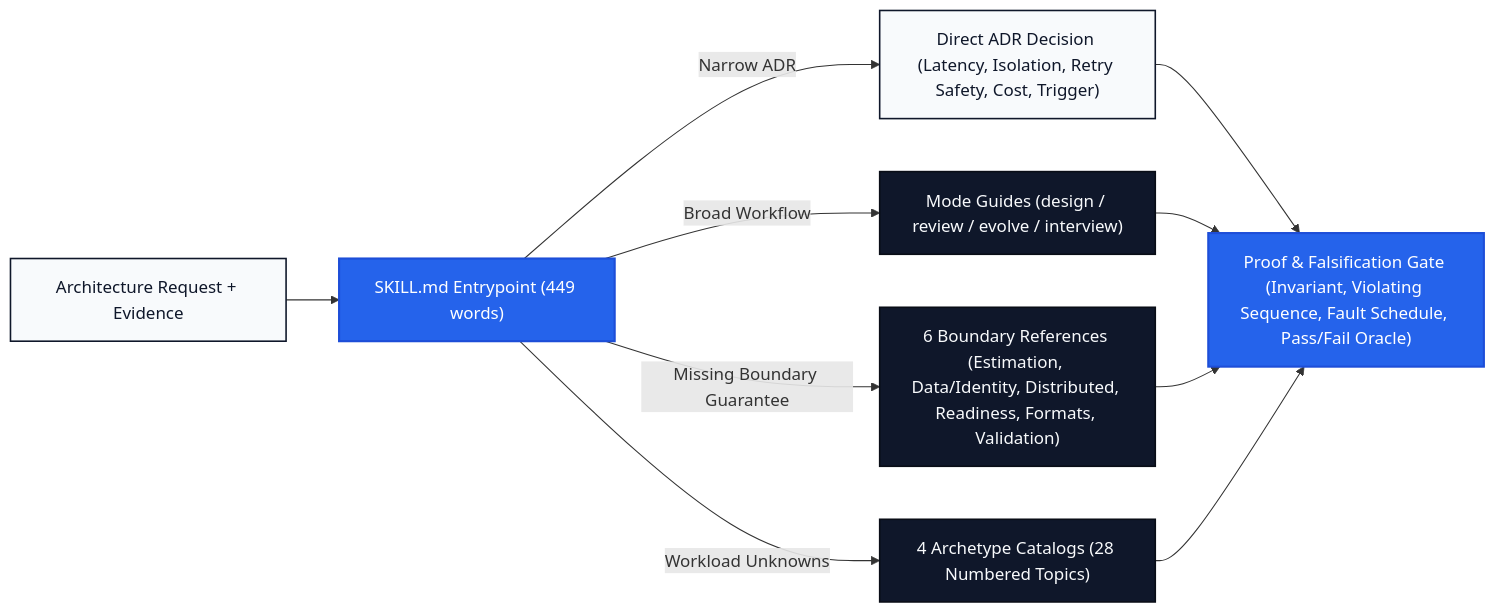
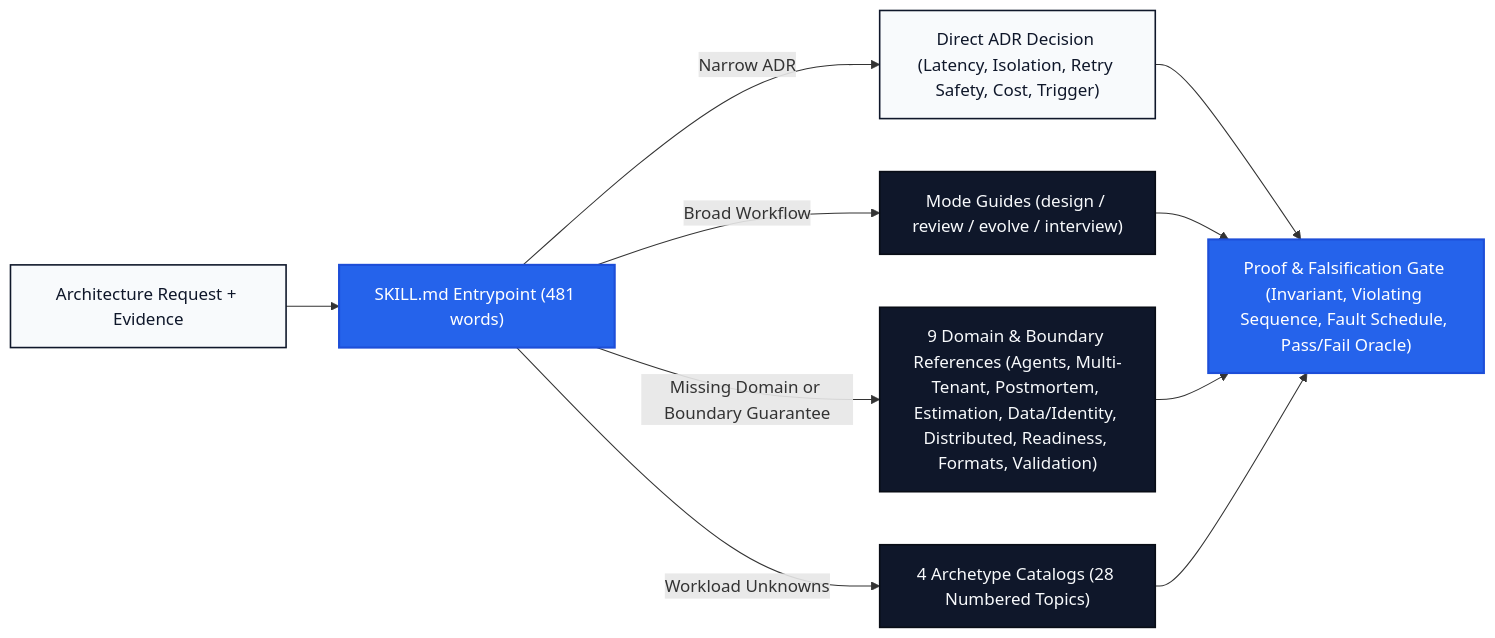
Before and after one commit to Woffluon/system-design-compass: the diagram in README.md, drawn with Mermaid. The commit also changed other lines of this file and 3 other files, not shown here.

````diff
--- a/README.md
+++ b/README.md
@@ -91,15 +91,15 @@
 ```mermaid
 flowchart LR
     classDef navy fill:#0f172a,stroke:#090d16,color:#f8fafc,stroke-width:1.5px
     classDef cobalt fill:#2563eb,stroke:#1d4ed8,color:#ffffff,stroke-width:2px
     classDef slate fill:#f8fafc,stroke:#0f172a,color:#0f172a,stroke-width:1.5px
 
-    Req["Architecture Request + Evidence"]:::slate --> Entry["SKILL.md Entrypoint (449 words)"]:::cobalt
+    Req["Architecture Request + Evidence"]:::slate --> Entry["SKILL.md Entrypoint (481 words)"]:::cobalt
 
     Entry -->|"Narrow ADR"| Narrow["Direct ADR Decision (Latency, Isolation, Retry Safety, Cost, Trigger)"]:::slate
     Entry -->|"Broad Workflow"| Modes["Mode Guides (design / review / evolve / interview)"]:::navy
-    Entry -->|"Missing Boundary Guarantee"| Bounds["6 Boundary References (Estimation, Data/Identity, Distributed, Readiness, Formats, Validation)"]:::navy
+    Entry -->|"Missing Domain or Boundary Guarantee"| Bounds["9 Domain & Boundary References (Agents, Multi-Tenant, Postmortem, Estimation, Data/Identity, Distributed, Readiness, Formats, Validation)"]:::navy
     Entry -->|"Workload Unknowns"| Arch["4 Archetype Catalogs (28 Numbered Topics)"]:::navy
 
     Narrow & Modes & Bounds & Arch --> Gate["Proof & Falsification Gate (Invariant, Violating Sequence, Fault Schedule, Pass/Fail Oracle)"]:::cobalt
 ```
````
